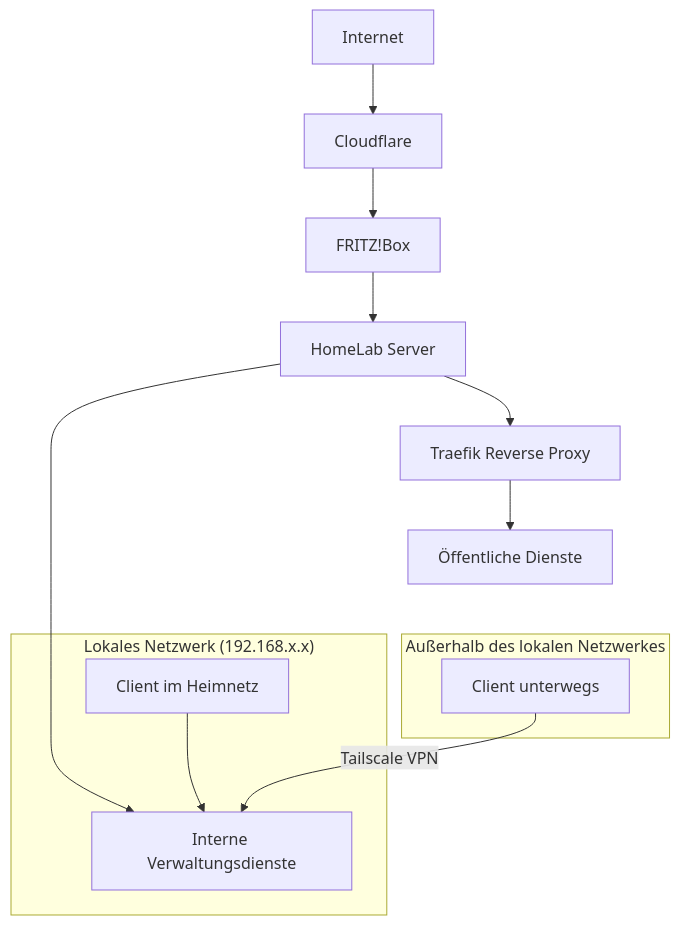
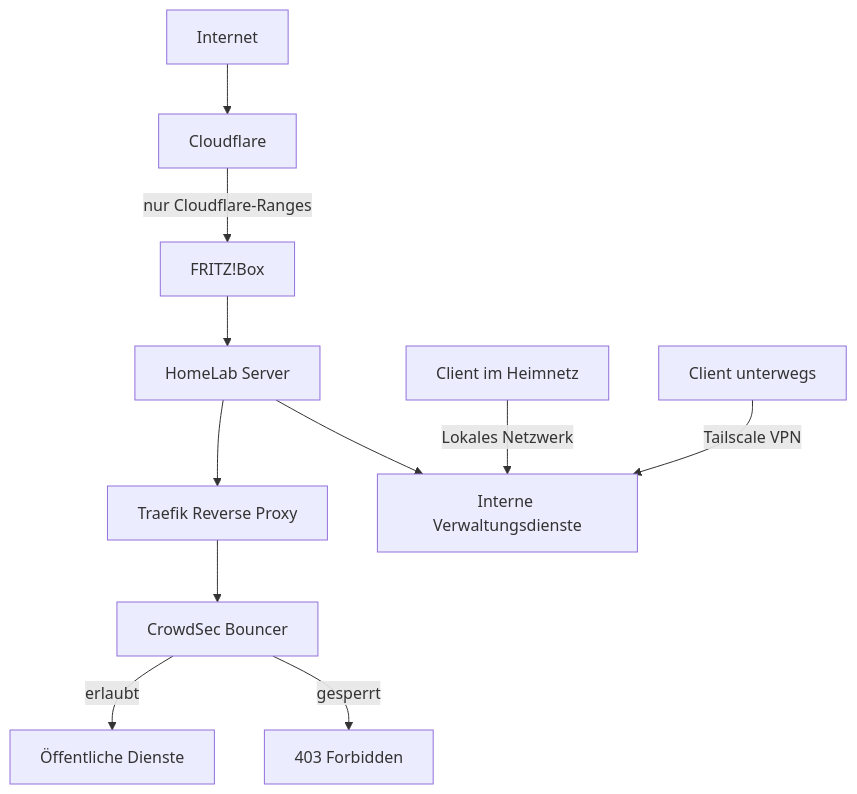
Before and after one commit to msortin13x/homelab-doku: the diagram in network/network-overview.md, drawn with Mermaid. The commit also changed other lines of this file and 6 other files, not shown here.

````diff
--- a/network/network-overview.md
+++ b/network/network-overview.md
@@ -9,20 +9,15 @@
 ```mermaid
 flowchart TD
     A[Internet] --> B[Cloudflare]
-    B --> C1["FRITZ!Box"]
+    B -->|nur Cloudflare-Ranges| C1["FRITZ!Box"]
     C1 --> C[HomeLab Server]
     C --> D[Traefik Reverse Proxy]
-    D --> E[Öffentliche Dienste]
-    C --> G[Interne Verwaltungsdienste]
+    D --> BO[CrowdSec Bouncer]
+    BO -->|erlaubt| E[Öffentliche Dienste]
+    BO -->|gesperrt| X[403 Forbidden]
 
-    E ~~~ Lokal
-    E ~~~ Extern
-
-    subgraph Lokal["Lokales Netzwerk (192.168.x.x)"]
-        H[Client im Heimnetz] --> G
-    end
-
-    subgraph Extern["Außerhalb des lokalen Netzwerkes"]
-        I[Client unterwegs] -->|Tailscale VPN| G
-    end
+    H[Client im Heimnetz] -->|Lokales Netzwerk| G
+    I[Client unterwegs] -->|Tailscale VPN| G
+    G[Interne Verwaltungsdienste]
+    C --> G
 ```
````
